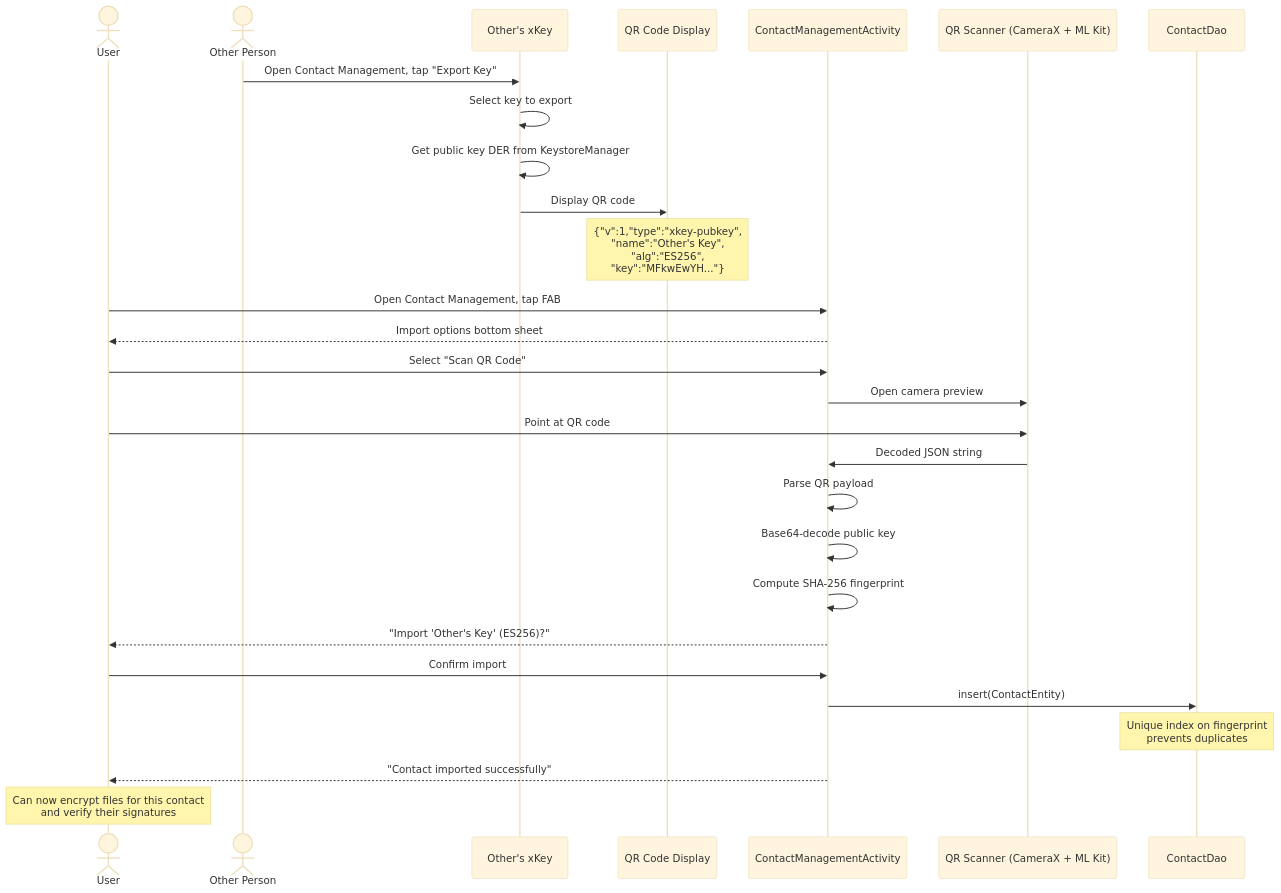
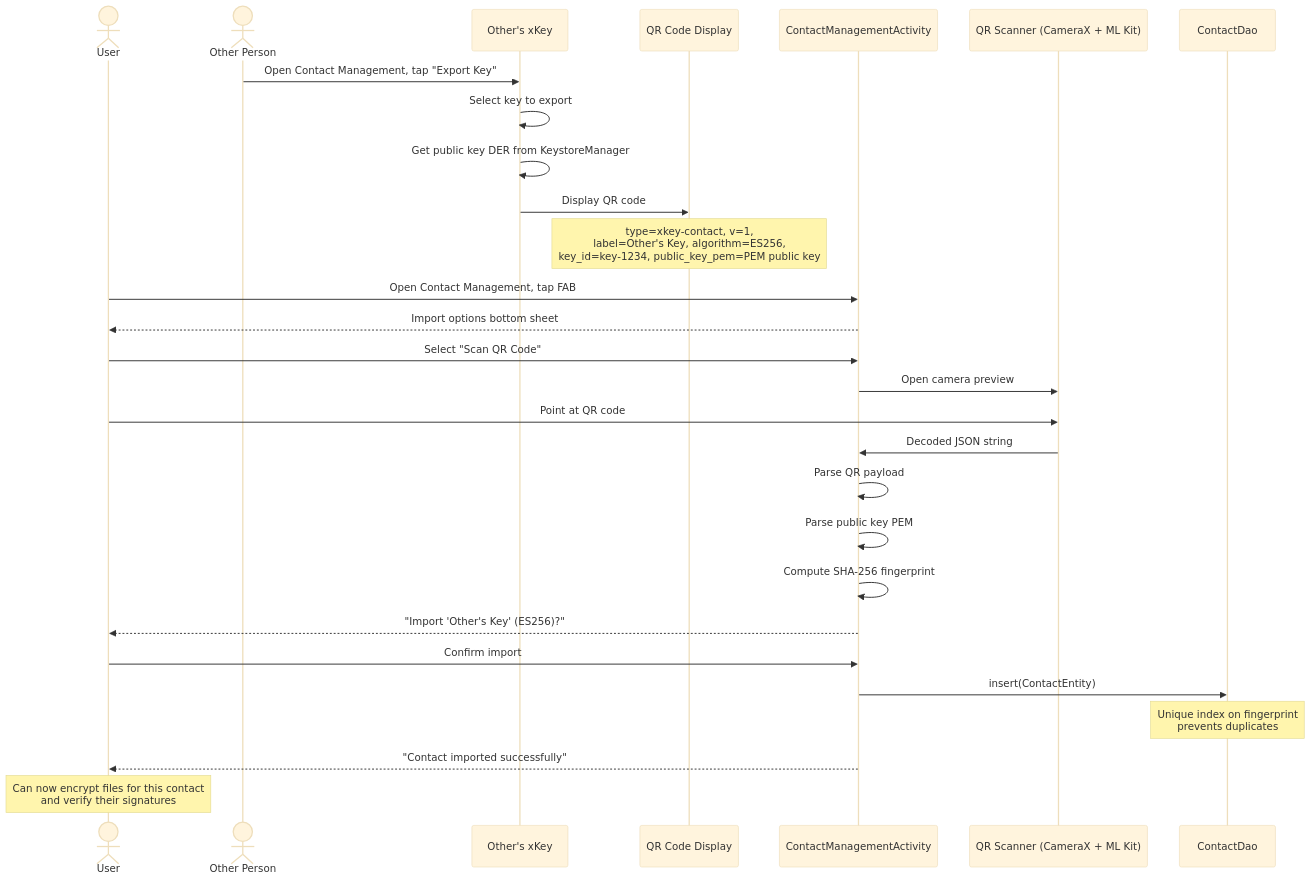
Before and after one commit to jeremyhahn/xkey-android: the diagram in docs/contacts/architecture.md, drawn with Mermaid (base theme). The commit also changed 1 other file, not shown here.

Commit message:
docs(contacts): describe the QR payload the app writes and reads (#26) (#43)

````diff
--- a/docs/contacts/architecture.md
+++ b/docs/contacts/architecture.md
@@ -11,37 +11,37 @@
 ```mermaid
 sequenceDiagram
     actor User
     actor Other as Other Person
     participant OApp as Other's xKey
     participant QR as QR Code Display
     participant CMA as ContactManagementActivity
     participant Cam as QR Scanner (CameraX + ML Kit)
     participant DB as ContactDao
 
     Other->>OApp: Open Contact Management, tap "Export Key"
     OApp->>OApp: Select key to export
     OApp->>OApp: Get public key DER from KeystoreManager
     OApp->>QR: Display QR code
-    Note over QR: {"v":1,"type":"xkey-pubkey",<br/>"name":"Other's Key",<br/>"alg":"ES256",<br/>"key":"MFkwEwYH..."}
+    Note over QR: type=xkey-contact, v=1,<br/>label=Other's Key, algorithm=ES256,<br/>key_id=key-1234, public_key_pem=PEM public key
 
     User->>CMA: Open Contact Management, tap FAB
     CMA-->>User: Import options bottom sheet
     User->>CMA: Select "Scan QR Code"
     CMA->>Cam: Open camera preview
 
     User->>Cam: Point at QR code
     Cam->>CMA: Decoded JSON string
 
     CMA->>CMA: Parse QR payload
-    CMA->>CMA: Base64-decode public key
+    CMA->>CMA: Parse public key PEM
     CMA->>CMA: Compute SHA-256 fingerprint
     CMA-->>User: "Import 'Other's Key' (ES256)?"
     User->>CMA: Confirm import
 
     CMA->>DB: insert(ContactEntity)
     Note over DB: Unique index on fingerprint<br/>prevents duplicates
 
     CMA-->>User: "Contact imported successfully"
 
     Note over User: Can now encrypt files for this contact<br/>and verify their signatures
 ```
````
